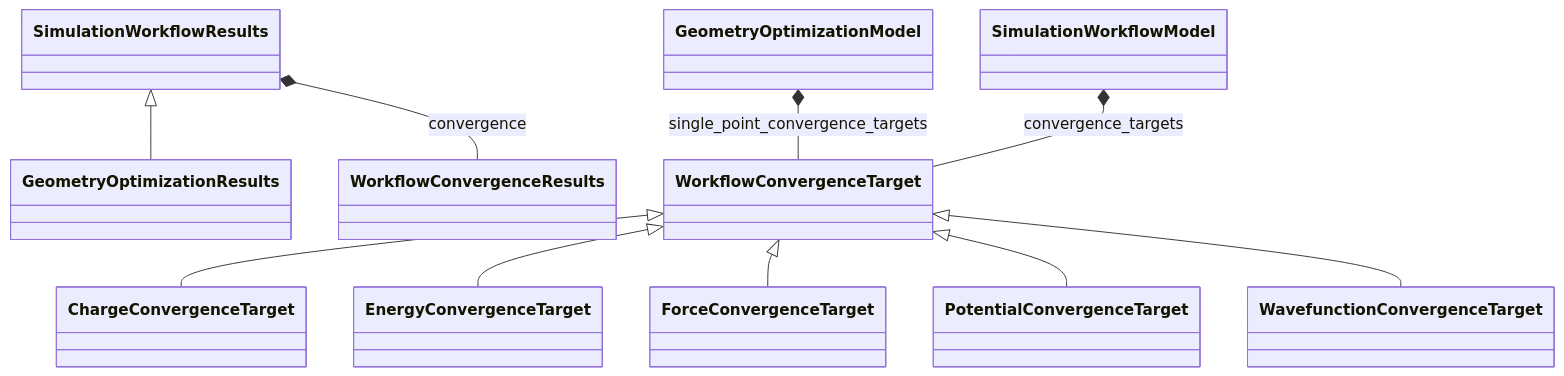
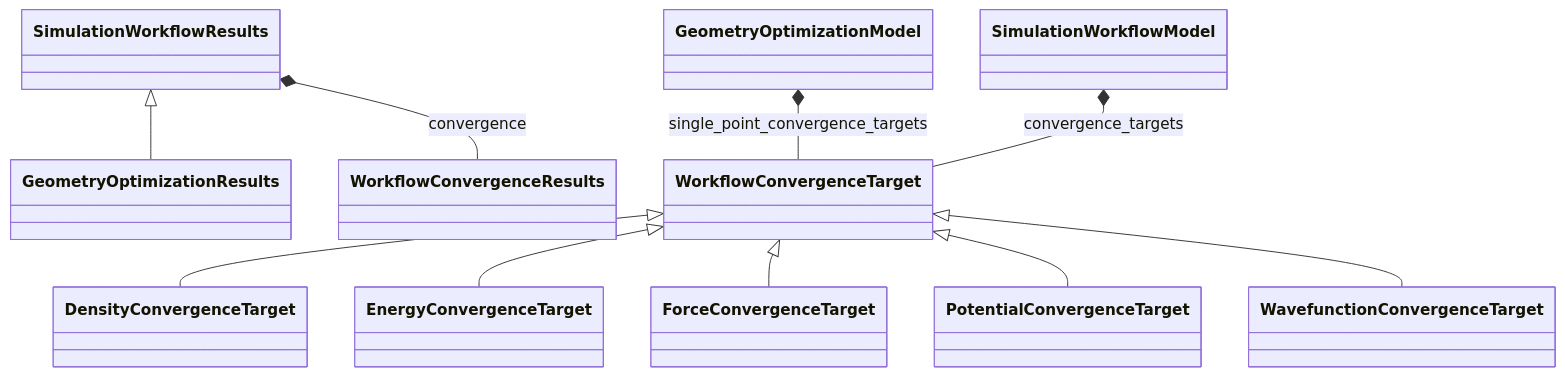
The diagram in docs/schema/workflow_convergence.md (FAIRmat-NFDI/nomad-simulations), drawn with Mermaid before and after one commit. The commit also changed other lines of this file and 10 other files, not shown here.

First line of the commit message:
Correct SCF-step convergence residuals and split `delta_density_rms` (#452, #453, #454)

````diff
--- a/docs/schema/workflow_convergence.md
+++ b/docs/schema/workflow_convergence.md
@@ -11,23 +11,23 @@
 ```mermaid
 classDiagram
-    class ChargeConvergenceTarget
+    class DensityConvergenceTarget
     class EnergyConvergenceTarget
     class ForceConvergenceTarget
     class GeometryOptimizationModel
     class GeometryOptimizationResults
     class PotentialConvergenceTarget
     class SimulationWorkflowModel
     class SimulationWorkflowResults
     class WavefunctionConvergenceTarget
     class WorkflowConvergenceResults
     class WorkflowConvergenceTarget
-    WorkflowConvergenceTarget <|-- ChargeConvergenceTarget
+    WorkflowConvergenceTarget <|-- DensityConvergenceTarget
     WorkflowConvergenceTarget <|-- EnergyConvergenceTarget
     WorkflowConvergenceTarget <|-- ForceConvergenceTarget
     SimulationWorkflowResults <|-- GeometryOptimizationResults
     WorkflowConvergenceTarget <|-- PotentialConvergenceTarget
     WorkflowConvergenceTarget <|-- WavefunctionConvergenceTarget
     GeometryOptimizationModel *-- WorkflowConvergenceTarget : single_point_convergence_targets
     SimulationWorkflowModel *-- WorkflowConvergenceTarget : convergence_targets
     SimulationWorkflowResults *-- WorkflowConvergenceResults : convergence
 ```
````
